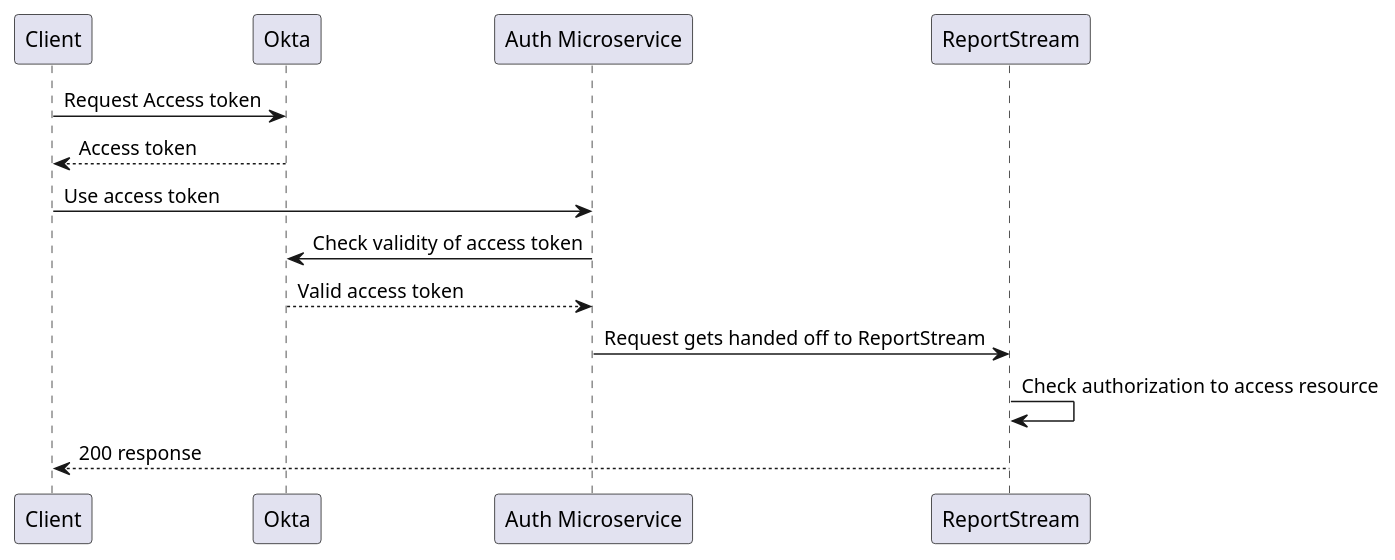
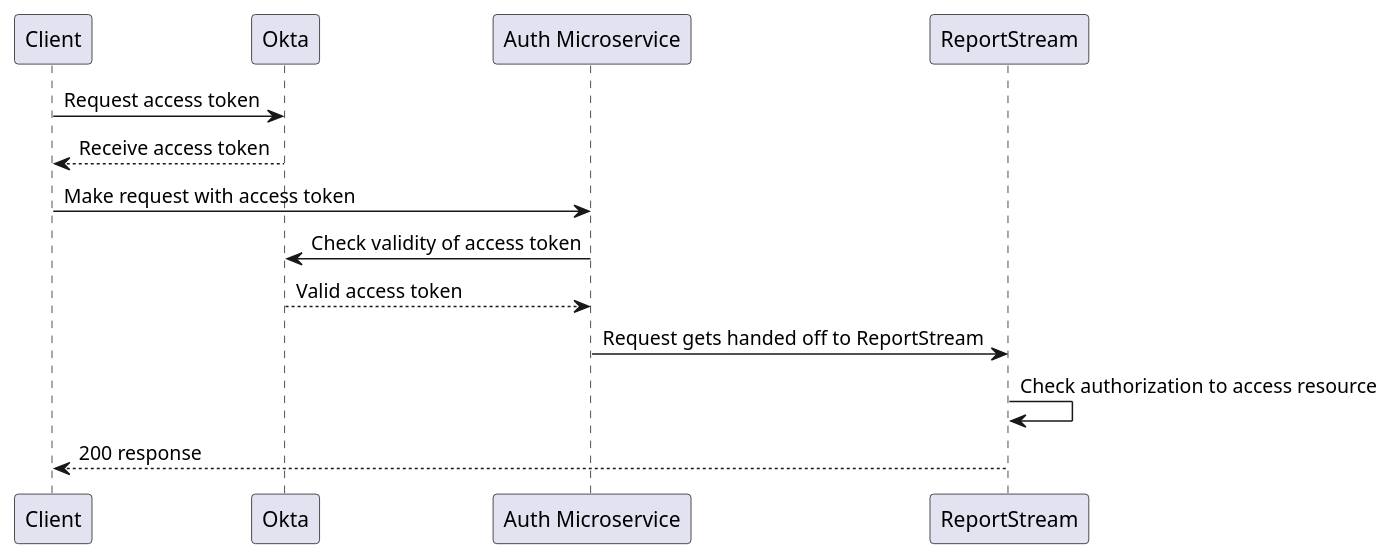
The diagram in prime-router/docs/design/design/auth/combo.puml (CDCgov/prime-reportstream), drawn with PlantUML before and after one commit. The commit also changed 5 other files, not shown here.

Commit message:
update flows

```diff
--- a/prime-router/docs/design/design/auth/combo.puml
+++ b/prime-router/docs/design/design/auth/combo.puml
@@ -1,10 +1,10 @@
 @startuml
-Client -> Okta: Request Access token
-Okta --> Client: Access token
-Client -> "Auth Microservice": Use access token
+Client -> Okta: Request access token
+Okta --> Client: Receive access token
+Client -> "Auth Microservice": Make request with access token
 "Auth Microservice" -> Okta: Check validity of access token
 Okta --> "Auth Microservice": Valid access token
 "Auth Microservice" -> ReportStream: Request gets handed off to ReportStream
 ReportStream -> ReportStream: Check authorization to access resource
 ReportStream --> Client: 200 response
 @enduml
```
